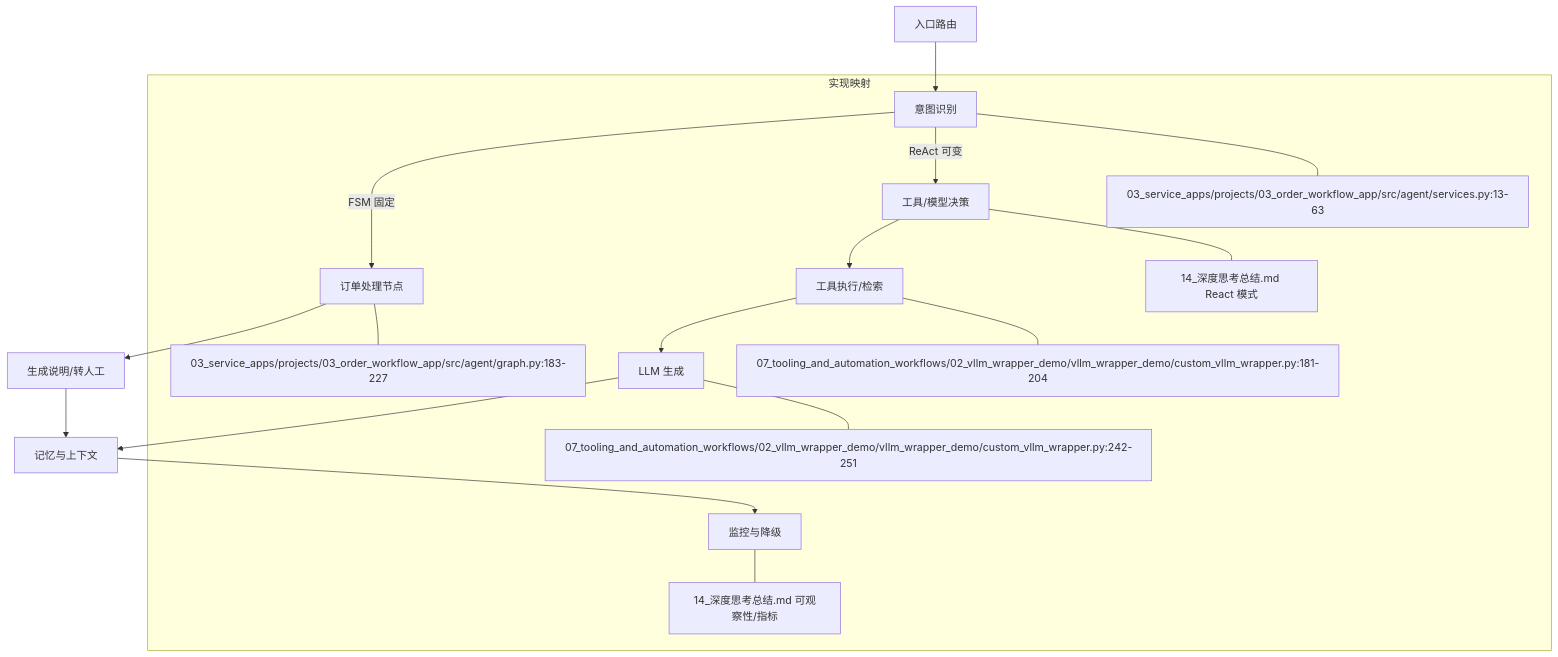
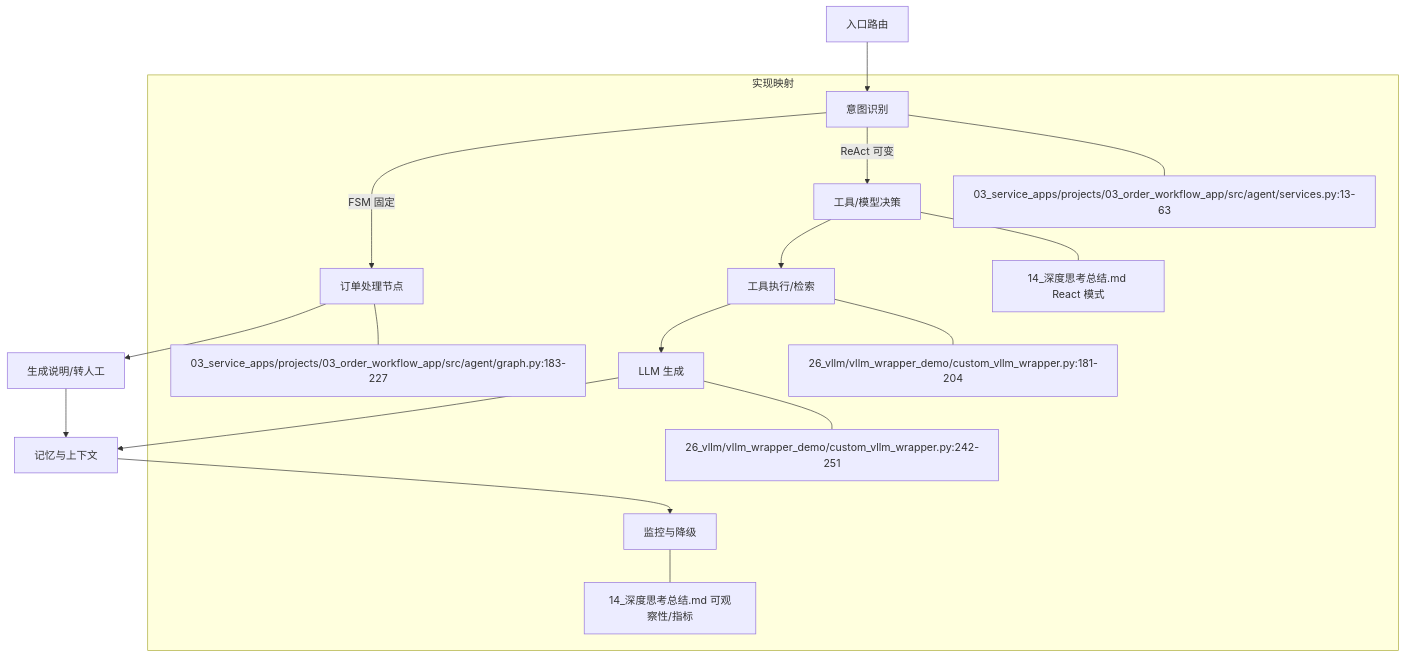
Before and after one commit to stormJun/ai-training: the first of 3 diagrams in 02_langgraph_basics/02_workflows/tutorials/01_workflow_foundations/14_深度思考总结.md, drawn with Mermaid. The commit also changed other lines of this file and 7 other files, not shown here.

Commit message:
refactor: move vllm wrapper demo to 26_vllm

````diff
--- a/02_langgraph_basics/02_workflows/tutorials/01_workflow_foundations/14_深度思考总结.md
+++ b/02_langgraph_basics/02_workflows/tutorials/01_workflow_foundations/14_深度思考总结.md
@@ -218,27 +218,27 @@
 ```mermaid
 graph TD
   A[入口路由] --> B[意图识别]
   B -->|FSM 固定| C[订单处理节点]
   B -->|ReAct 可变| D[工具/模型决策]
   C --> E[生成说明/转人工]
   D --> F[工具执行/检索]
   F --> G[LLM 生成]
   E --> H[记忆与上下文]
   G --> H
   H --> I[监控与降级]
 
   subgraph 实现映射
     B1["03_service_apps/projects/03_order_workflow_app/src/agent/services.py:13-63"]
     C1["03_service_apps/projects/03_order_workflow_app/src/agent/graph.py:183-227"]
     D1["14_深度思考总结.md React 模式"]
-    F1["07_tooling_and_automation_workflows/02_vllm_wrapper_demo/vllm_wrapper_demo/custom_vllm_wrapper.py:181-204"]
-    G1["07_tooling_and_automation_workflows/02_vllm_wrapper_demo/vllm_wrapper_demo/custom_vllm_wrapper.py:242-251"]
+    F1["26_vllm/vllm_wrapper_demo/custom_vllm_wrapper.py:181-204"]
+    G1["26_vllm/vllm_wrapper_demo/custom_vllm_wrapper.py:242-251"]
     I1["14_深度思考总结.md 可观察性/指标"]
     B --- B1
     C --- C1
     D --- D1
     F --- F1
     G --- G1
     I --- I1
   end
 ```
````
